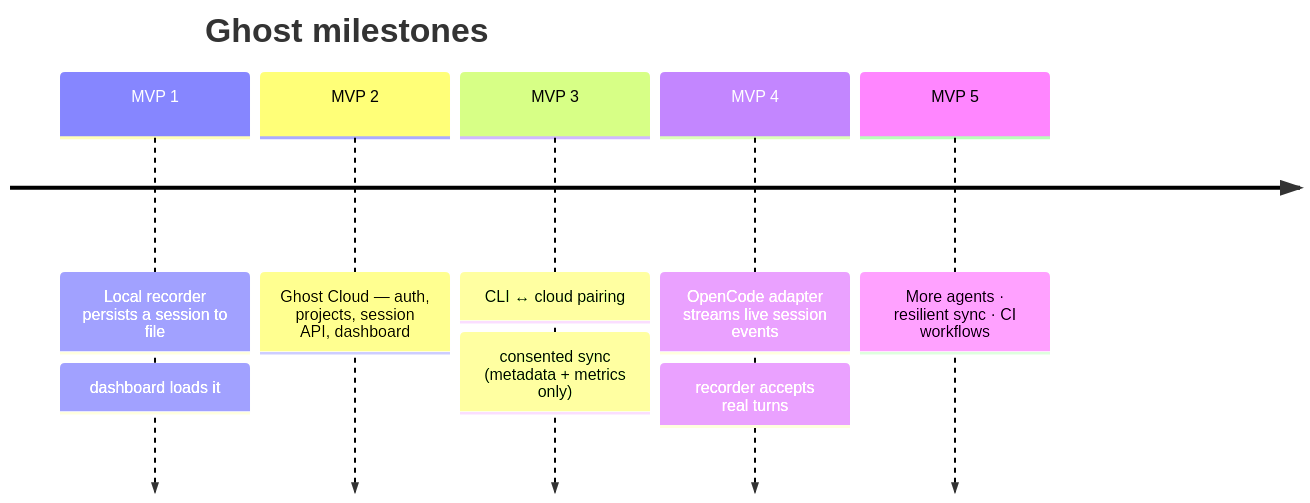
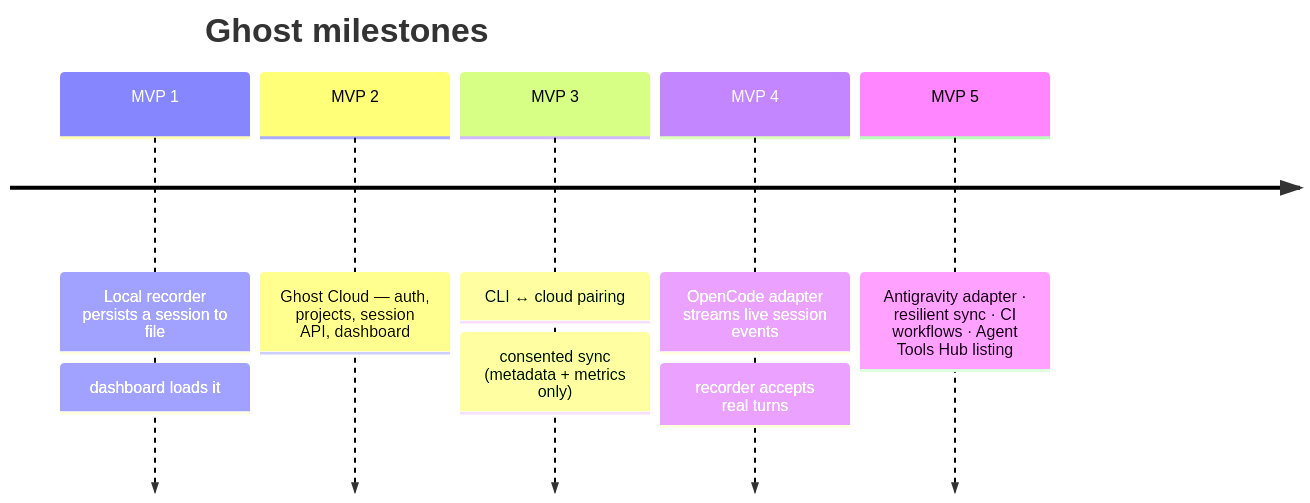
Before and after one commit to arko33/ghostinthecodebase: the fourth of 4 diagrams in README.md, drawn with Mermaid. The commit also changed other lines of this file, not shown here.

Commit message:
docs: align README with hybrid architecture - device pairing, Agent Tools Hub, full sync policy table, mode B/C-first layering

````diff
--- a/README.md
+++ b/README.md
@@ -203,9 +241,9 @@
 ```mermaid
 timeline
     title Ghost milestones
     MVP 1 : Local recorder persists a session to file : dashboard loads it
     MVP 2 : Ghost Cloud — auth, projects, session API, dashboard
     MVP 3 : CLI ↔ cloud pairing : consented sync (metadata + metrics only)
     MVP 4 : OpenCode adapter streams live session events : recorder accepts real turns
-    MVP 5 : More agents · resilient sync · CI workflows
+    MVP 5 : Antigravity adapter · resilient sync · CI workflows · Agent Tools Hub listing
 ```
````
